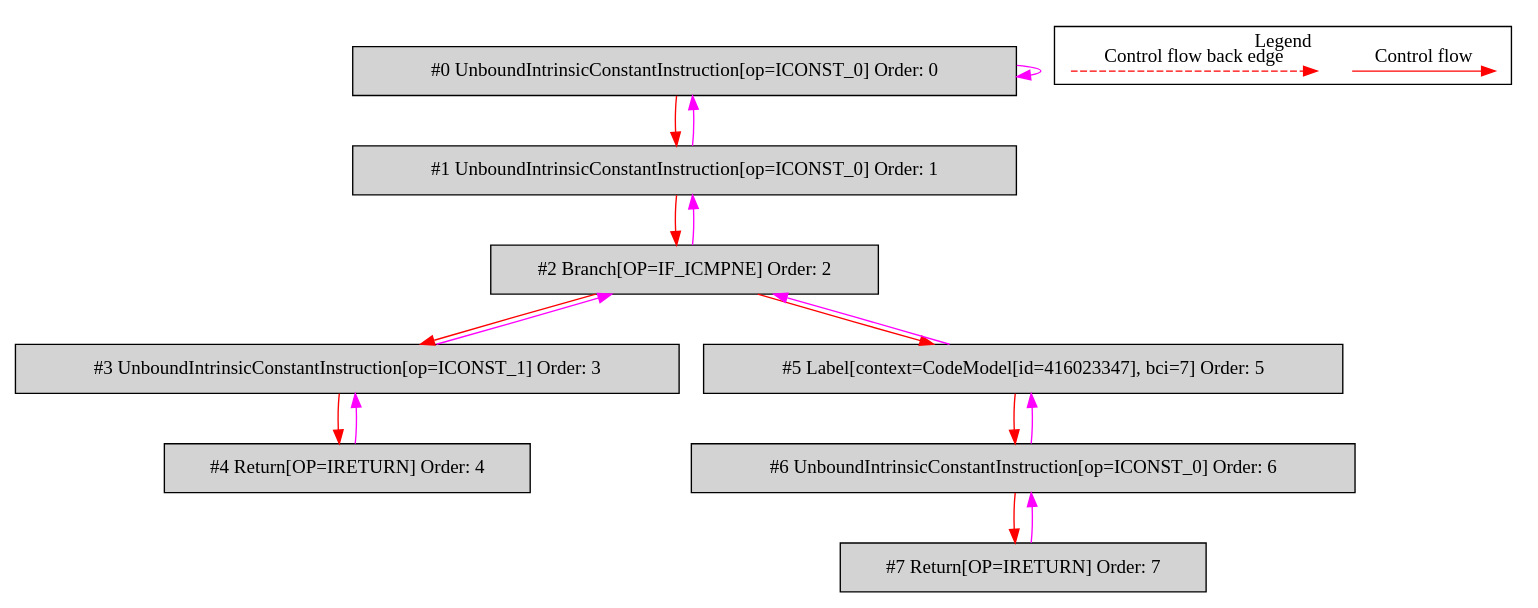
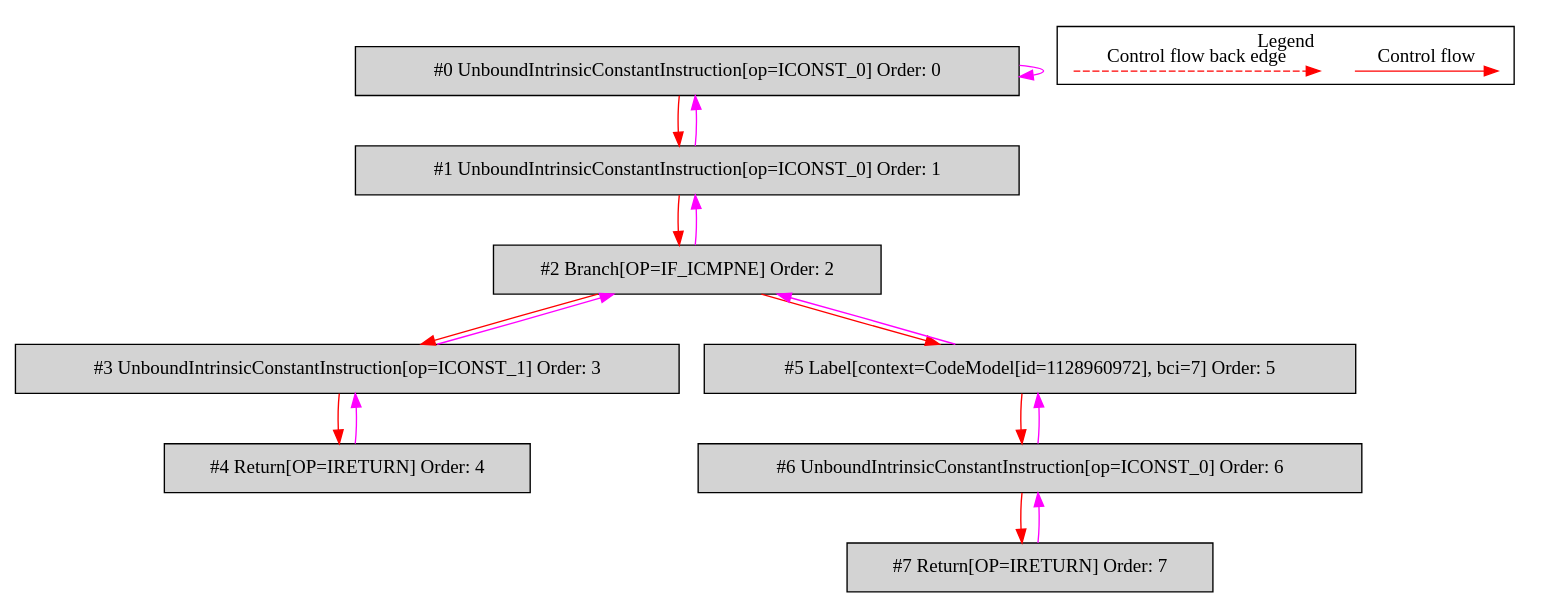
The diagram in de.mirkosertic.metair.ir.OpcodeIFICMPNETest/test_IF_ICMPNE/bytecodecfg.dot (mirkosertic/MetaIR), drawn with Graphviz before and after one commit. The commit also changed 710 other files, not shown here.

```diff
--- a/de.mirkosertic.metair.ir.OpcodeIFICMPNETest/test_IF_ICMPNE/bytecodecfg.dot
+++ b/de.mirkosertic.metair.ir.OpcodeIFICMPNETest/test_IF_ICMPNE/bytecodecfg.dot
@@ -1,40 +1,40 @@
 digraph {
  ordering="in";
  node0[label="#0 UnboundIntrinsicConstantInstruction[op=ICONST_0] Order: 0", shape=box, fillcolor=lightgrey, style=filled];
  node1[label="#1 UnboundIntrinsicConstantInstruction[op=ICONST_0] Order: 1", shape=box, fillcolor=lightgrey, style=filled];
  node2[label="#2 Branch[OP=IF_ICMPNE] Order: 2", shape=box, fillcolor=lightgrey, style=filled];
  node3[label="#3 UnboundIntrinsicConstantInstruction[op=ICONST_1] Order: 3", shape=box, fillcolor=lightgrey, style=filled];
  node4[label="#4 Return[OP=IRETURN] Order: 4", shape=box, fillcolor=lightgrey, style=filled];
- node5[label="#5 Label[context=CodeModel[id=416023347], bci=7] Order: 5", shape=box, fillcolor=lightgrey, style=filled];
+ node5[label="#5 Label[context=CodeModel[id=1128960972], bci=7] Order: 5", shape=box, fillcolor=lightgrey, style=filled];
  node6[label="#6 UnboundIntrinsicConstantInstruction[op=ICONST_0] Order: 6", shape=box, fillcolor=lightgrey, style=filled];
  node7[label="#7 Return[OP=IRETURN] Order: 7", shape=box, fillcolor=lightgrey, style=filled];
  node0 -> node0[color=fuchsia];
  node0 -> node1[color=red];
  node1 -> node0[color=fuchsia];
  node1 -> node2[color=red];
  node2 -> node1[color=fuchsia];
  node2 -> node3[color=red];
  node3 -> node2[color=fuchsia];
  node3 -> node4[color=red];
  node4 -> node3[color=fuchsia];
  node2 -> node5[color=red];
  node5 -> node2[color=fuchsia];
  node5 -> node6[color=red];
  node6 -> node5[color=fuchsia];
  node6 -> node7[color=red];
  node7 -> node6[color=fuchsia];
  subgraph cluster_000 {
   label = "Legend";
   node [shape=point]
   {
    rank=same;
    c0 [style = invis];
    c1 [style = invis];
    c2 [style = invis];
    c3 [style = invis];
   }
   c0 -> c1 [label="Control flow", style=solid, color=red]
   c2 -> c3 [label="Control flow back edge", style=dashed, color=red]
  }
 
 }
```
